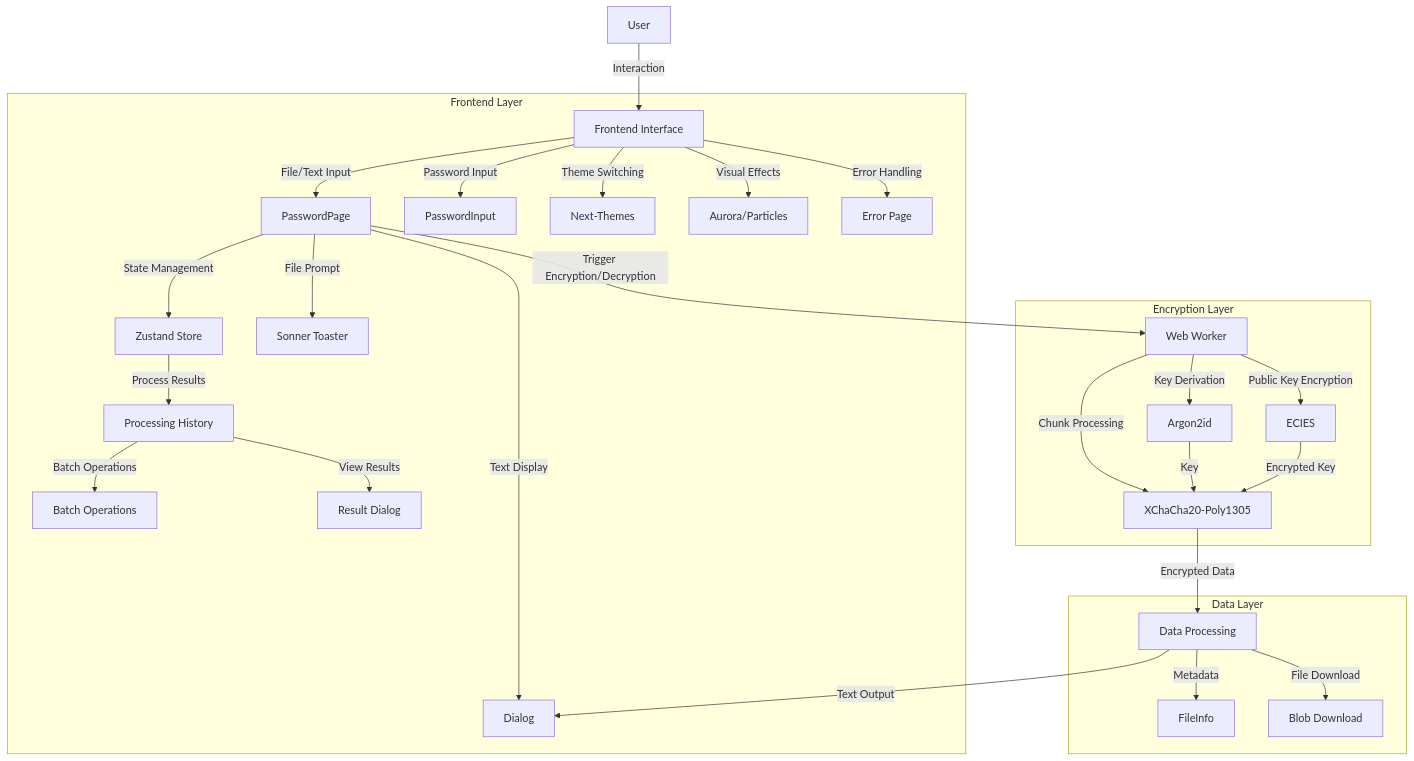
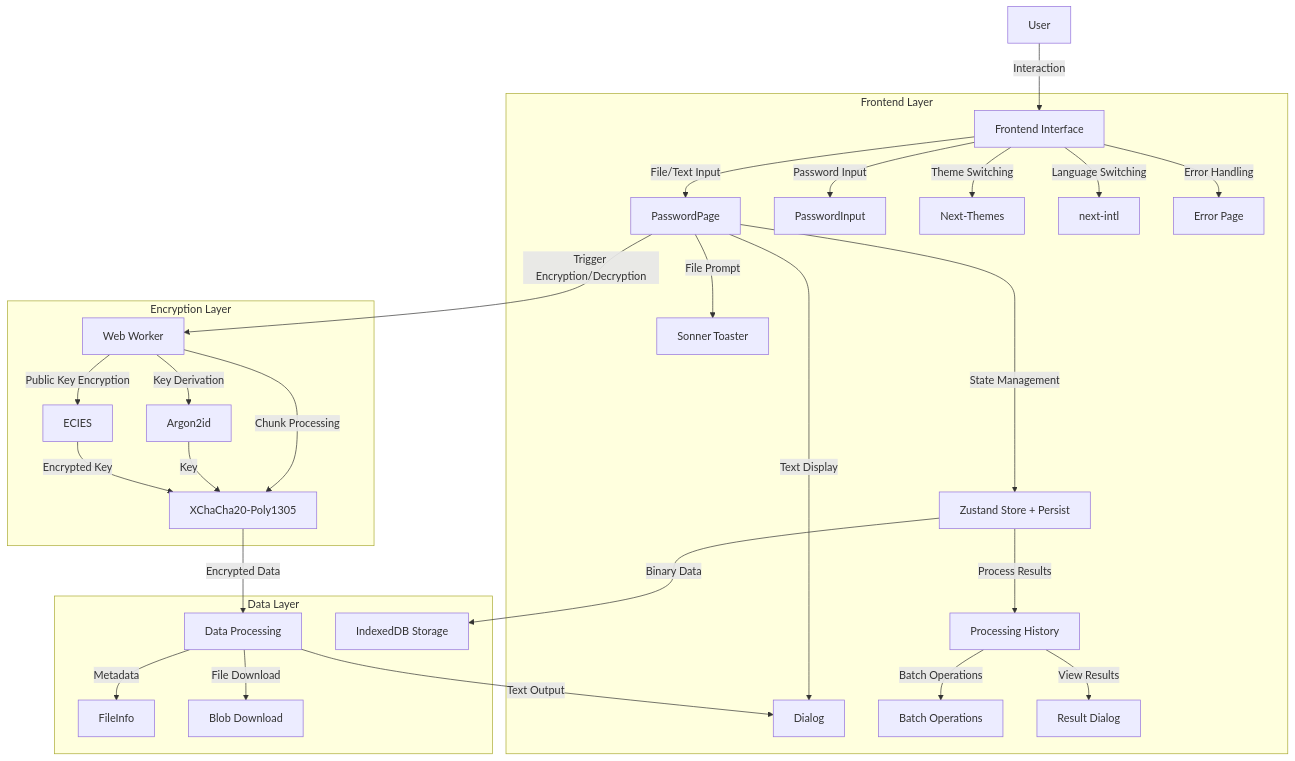
Before and after one commit to WuChenDi/projects: the diagram in apps/SecureC/README.md, drawn with Mermaid. The commit also changed other lines of this file, not shown here.

First line of the commit message:
feat(SecureC): update feature list and architecture diagram

````diff
--- a/apps/SecureC/README.md
+++ b/apps/SecureC/README.md
@@ -27,54 +29,56 @@
 ```mermaid
 graph TD
     A[User]
     A -->|Interaction| B[Frontend Interface]
     B -->|File/Text Input| C[PasswordPage]
     B -->|Password Input| D[PasswordInput]
     C -->|Trigger Encryption/Decryption| E[Web Worker]
-    C -->|State Management| F[Zustand Store]
+    C -->|State Management| F[Zustand Store + Persist]
     C -->|File Prompt| G[Sonner Toaster]
     C -->|Text Display| H[Dialog]
     E -->|Chunk Processing| I[XChaCha20-Poly1305]
     E -->|Key Derivation| J[Argon2id]
     E -->|Public Key Encryption| K[ECIES]
     I -->|Encrypted Data| L[Data Processing]
     J -->|Key| I
     K -->|Encrypted Key| I
     L -->|Metadata| M[FileInfo]
     L -->|File Download| N[Blob Download]
     L -->|Text Output| H
     F -->|Process Results| O[Processing History]
-    O -->|Batch Operations| P[Download/Delete]
-    O -->|View Results| Q[Result Dialog]
-    B -->|Theme Switching| R[Next-Themes]
-    B -->|Visual Effects| S[Aurora/Particles]
-    B -->|Error Handling| T[Error Page]
+    F -->|Binary Data| P[IndexedDB Storage]
+    O -->|Batch Operations| Q[Download/Delete]
+    O -->|View Results| R[Result Dialog]
+    B -->|Theme Switching| S[Next-Themes]
+    B -->|Language Switching| T[next-intl]
+    B -->|Error Handling| U[Error Page]
 
     subgraph Frontend Layer
         B[Frontend Interface]
         C[PasswordPage]
         D[PasswordInput]
-        F[Zustand Store]
+        F[Zustand Store + Persist]
         G[Sonner Toaster]
         H[Dialog]
         O[Processing History]
-        P[Batch Operations]
-        Q[Result Dialog]
-        R[Next-Themes]
-        S[Aurora/Particles]
-        T[Error Page]
+        Q[Batch Operations]
+        R[Result Dialog]
+        S[Next-Themes]
+        T[next-intl]
+        U[Error Page]
     end
 
     subgraph Encryption Layer
         E[Web Worker]
         I[XChaCha20-Poly1305]
         J[Argon2id]
         K[ECIES]
     end
 
     subgraph Data Layer
         L[Data Processing]
         M[FileInfo]
         N[Blob Download]
+        P[IndexedDB Storage]
     end
 ```
````
